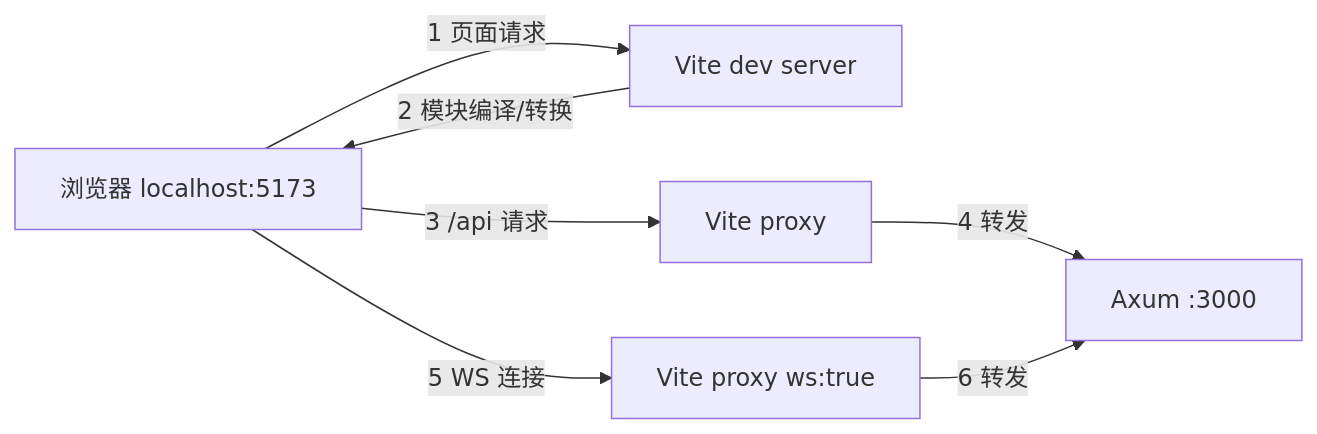
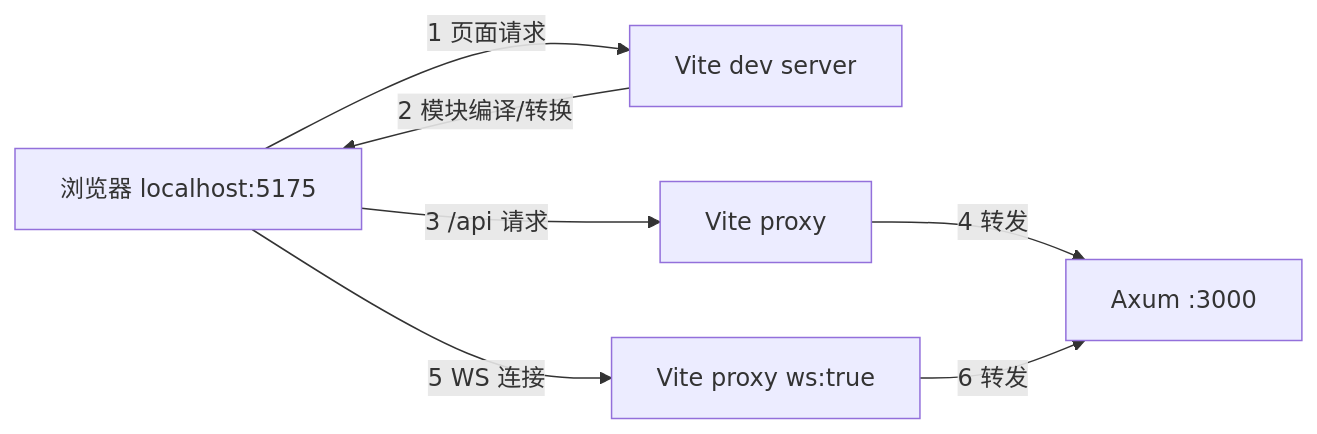
One commit to 3123958139/RustWeb-Vue changed the second of 6 diagrams in docs/tutorial/04-Vue3与TS语法速成.md. Above: the diagram before and after it, drawn with Mermaid. The commit also changed other lines of this file and 8 other files, not shown here.

````diff
--- a/docs/tutorial/04-Vue3与TS语法速成.md
+++ b/docs/tutorial/04-Vue3与TS语法速成.md
@@ -904,9 +1186,9 @@
 ```mermaid
 flowchart LR
-    B[浏览器 localhost:5173] -->|1 页面请求| V[Vite dev server]
+    B[浏览器 localhost:5175] -->|1 页面请求| V[Vite dev server]
     V -->|2 模块编译/转换| B
     B -->|3 /api 请求| P[Vite proxy]
     P -->|4 转发| A[Axum :3000]
     B -->|5 WS 连接| P2[Vite proxy ws:true]
     P2 -->|6 转发| A
 ```
````
